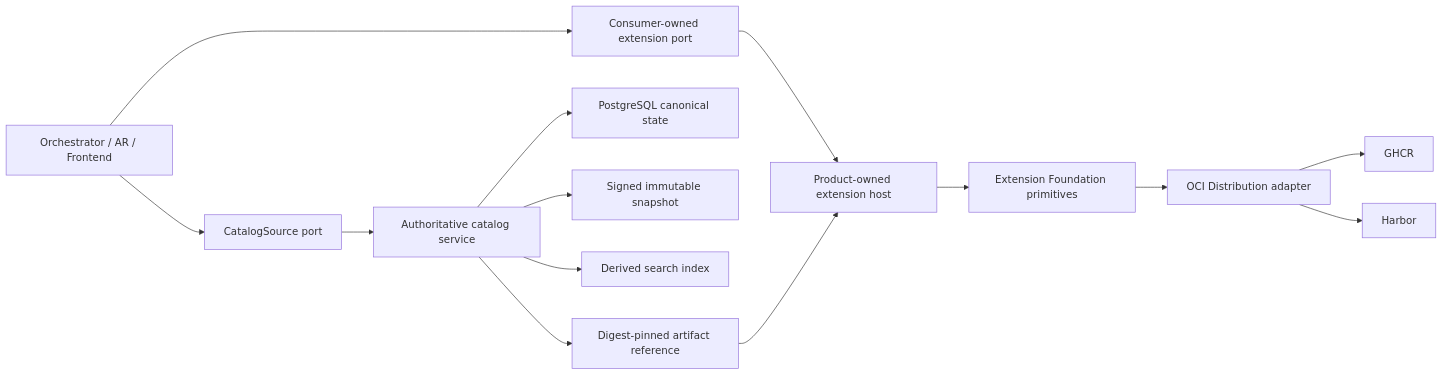
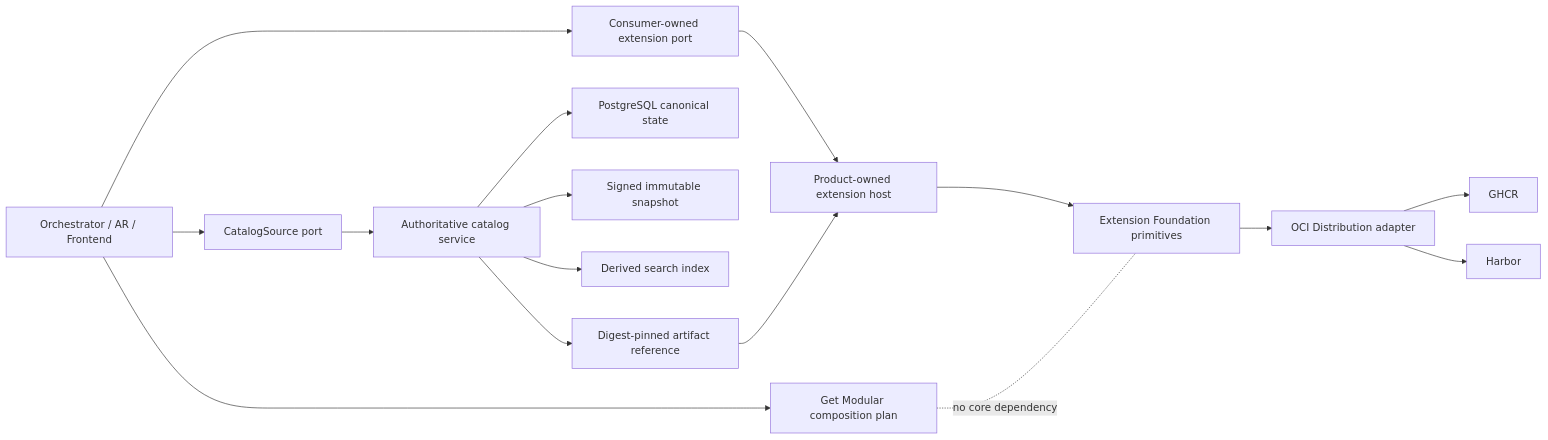
Before and after one commit to agent-teams-ai/extension-foundation: the diagram in docs/architecture/overview.md, drawn with Mermaid. The commit also changed other lines of this file and 7 other files, not shown here.

Commit message:
docs(architecture): clarify Get Modular ownership (#33)

````diff
--- a/docs/architecture/overview.md
+++ b/docs/architecture/overview.md
@@ -22,16 +22,18 @@
 ```mermaid
 flowchart LR
     Product["Orchestrator / AR / Frontend"] --> Port["Consumer-owned extension port"]
     Port --> Host["Product-owned extension host"]
     Host --> Foundation["Extension Foundation primitives"]
+    Product --> Modular["Get Modular composition plan"]
+    Modular -. no core dependency .- Foundation
     Foundation --> OCI["OCI Distribution adapter"]
     OCI --> GHCR["GHCR"]
     OCI --> Harbor["Harbor"]
     Product --> Source["CatalogSource port"]
     Source --> Catalog["Authoritative catalog service"]
     Catalog --> Postgres["PostgreSQL canonical state"]
     Catalog --> Snapshot["Signed immutable snapshot"]
     Catalog --> Search["Derived search index"]
     Catalog --> Ref["Digest-pinned artifact reference"]
     Ref --> Host
 ```
````
